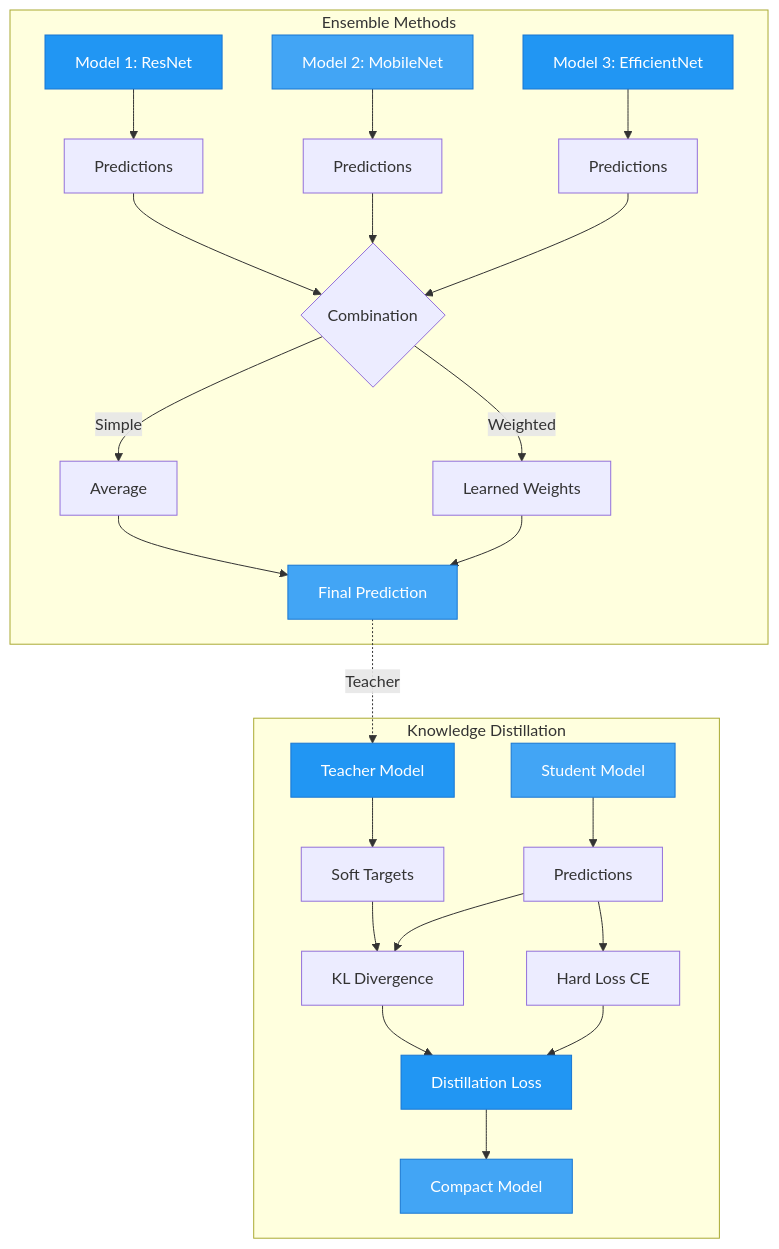
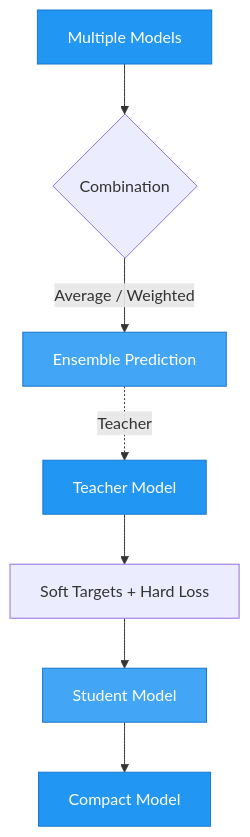
The diagram in docs/examples/integration/hf_ensemble.md (theja-vanka/AutoTimm), drawn with Mermaid before and after one commit. The commit also changed 5 other files, not shown here.

Commit message:
refactor: mermaid diagrams in docs

````diff
--- a/docs/examples/integration/hf_ensemble.md
+++ b/docs/examples/integration/hf_ensemble.md
@@ -7,43 +7,15 @@
 ```mermaid
 graph TD
-    subgraph "Ensemble Methods"
-        A1[Model 1: ResNet] --> E1[Predictions]
-        A2[Model 2: MobileNet] --> E2[Predictions]
-        A3[Model 3: EfficientNet] --> E3[Predictions]
-        
-        E1 --> F{Combination}
-        E2 --> F
-        E3 --> F
-        
-        F -->|Simple| G1[Average]
-        F -->|Weighted| G2[Learned Weights]
-        
-        G1 --> H[Final Prediction]
-        G2 --> H
-    end
-    
-    subgraph "Knowledge Distillation"
-        I[Teacher Model] --> J[Soft Targets]
-        K[Student Model] --> L[Predictions]
-        
-        J --> M[KL Divergence]
-        L --> M
-        L --> N[Hard Loss CE]
-        
-        M --> O[Distillation Loss]
-        N --> O
-        
-        O --> P[Compact Model]
-    end
-    
-    H -.Teacher.-> I
-    
-    style A1 fill:#2196F3,stroke:#1976D2,color:#fff
-    style A2 fill:#42A5F5,stroke:#1976D2,color:#fff
-    style A3 fill:#2196F3,stroke:#1976D2,color:#fff
-    style H fill:#42A5F5,stroke:#1976D2,color:#fff
-    style I fill:#2196F3,stroke:#1976D2,color:#fff
-    style K fill:#42A5F5,stroke:#1976D2,color:#fff
-    style O fill:#2196F3,stroke:#1976D2,color:#fff
-    style P fill:#42A5F5,stroke:#1976D2,color:#fff
+    A[Multiple Models] --> B{Combination}
+    B -->|Average / Weighted| C[Ensemble Prediction]
+    C -.Teacher.-> D[Teacher Model]
+    D --> E[Soft Targets + Hard Loss]
+    E --> F[Student Model]
+    F --> G[Compact Model]
+
+    style A fill:#2196F3,stroke:#1976D2,color:#fff
+    style C fill:#42A5F5,stroke:#1976D2,color:#fff
+    style D fill:#2196F3,stroke:#1976D2,color:#fff
+    style F fill:#42A5F5,stroke:#1976D2,color:#fff
+    style G fill:#2196F3,stroke:#1976D2,color:#fff
 ```
````
